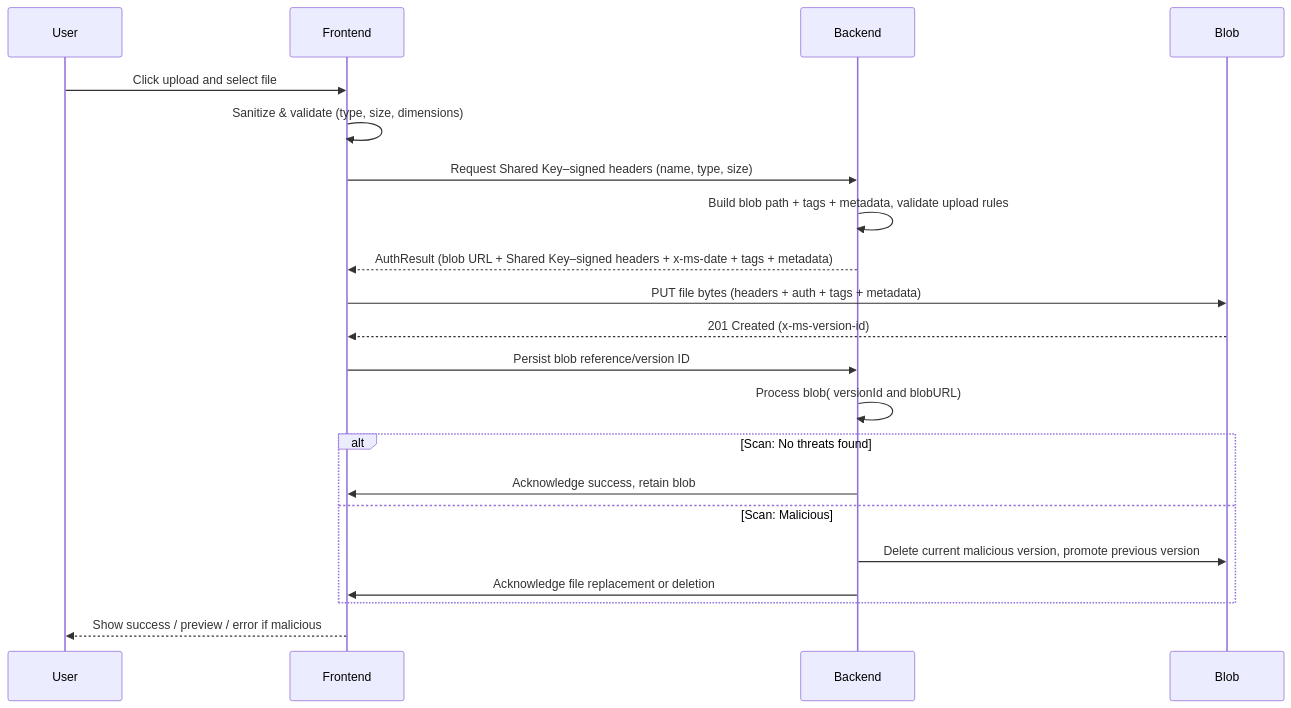
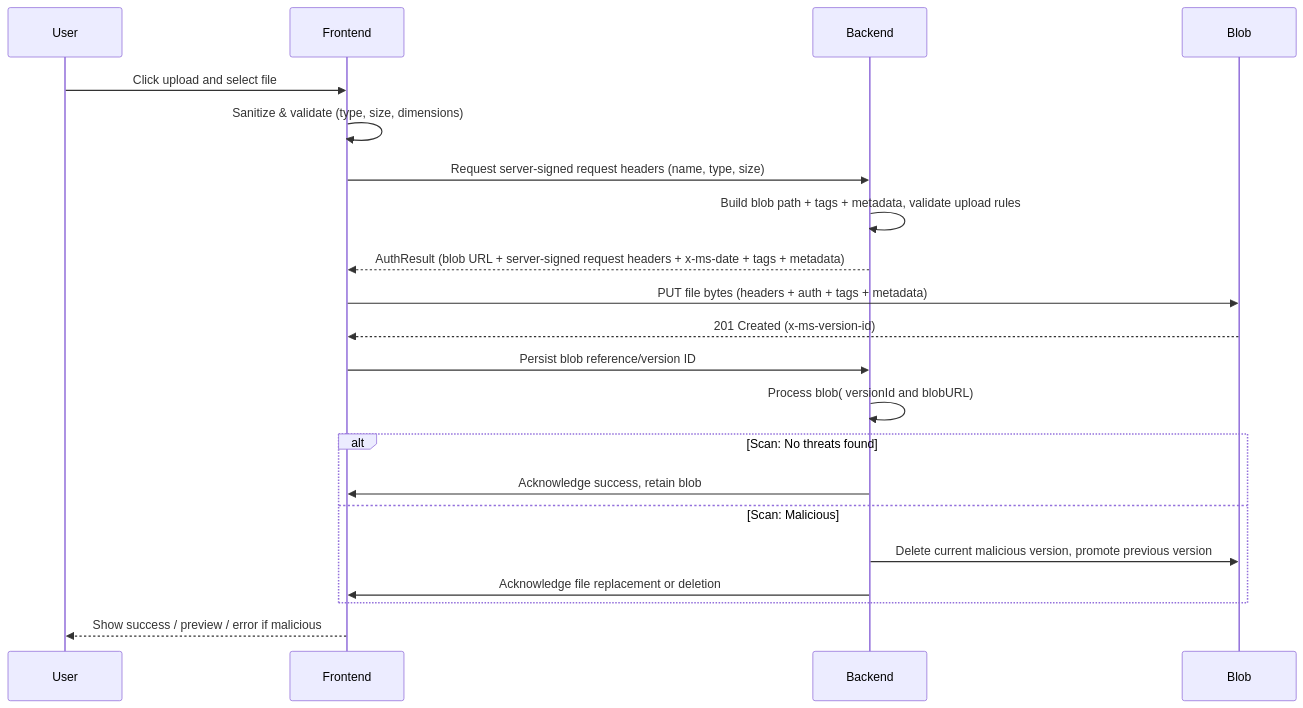
Before and after one commit to simnova/sharethrift: the diagram in apps/docs/docs/decisions/0022-existing-azure-upload.md, drawn with Mermaid. The commit also changed other lines of this file, not shown here.

Commit message:
Clarify documentation on Shared Key authorization, specifying server-signed request headers and enhancing descriptions for upload mechanisms.

````diff
--- a/apps/docs/docs/decisions/0022-existing-azure-upload.md
+++ b/apps/docs/docs/decisions/0022-existing-azure-upload.md
@@ -131,24 +131,24 @@
 ```mermaid
 sequenceDiagram
 participant User
 participant Frontend
 participant Backend
 participant Blob
 
 User->>Frontend: Click upload and select file
 Frontend->>Frontend: Sanitize & validate (type, size, dimensions)
-Frontend->>Backend: Request Shared Key–signed headers (name, type, size)
+Frontend->>Backend: Request server-signed request headers (name, type, size)
 Backend->>Backend: Build blob path + tags + metadata, validate upload rules
-Backend-->>Frontend: AuthResult (blob URL + Shared Key–signed headers + x-ms-date + tags + metadata)
+Backend-->>Frontend: AuthResult (blob URL + server-signed request headers + x-ms-date + tags + metadata)
 Frontend->>Blob: PUT file bytes (headers + auth + tags + metadata)
 Blob-->>Frontend: 201 Created (x-ms-version-id)
 Frontend->>Backend: Persist blob reference/version ID
 Backend->>Backend: Process blob( versionId and blobURL)
 alt Scan: No threats found
     Backend->>Frontend: Acknowledge success, retain blob
 else Scan: Malicious
     Backend->>Blob: Delete current malicious version, promote previous version
     Backend->>Frontend: Acknowledge file replacement or deletion
 end
 Frontend-->>User: Show success / preview / error if malicious
 ```
````
